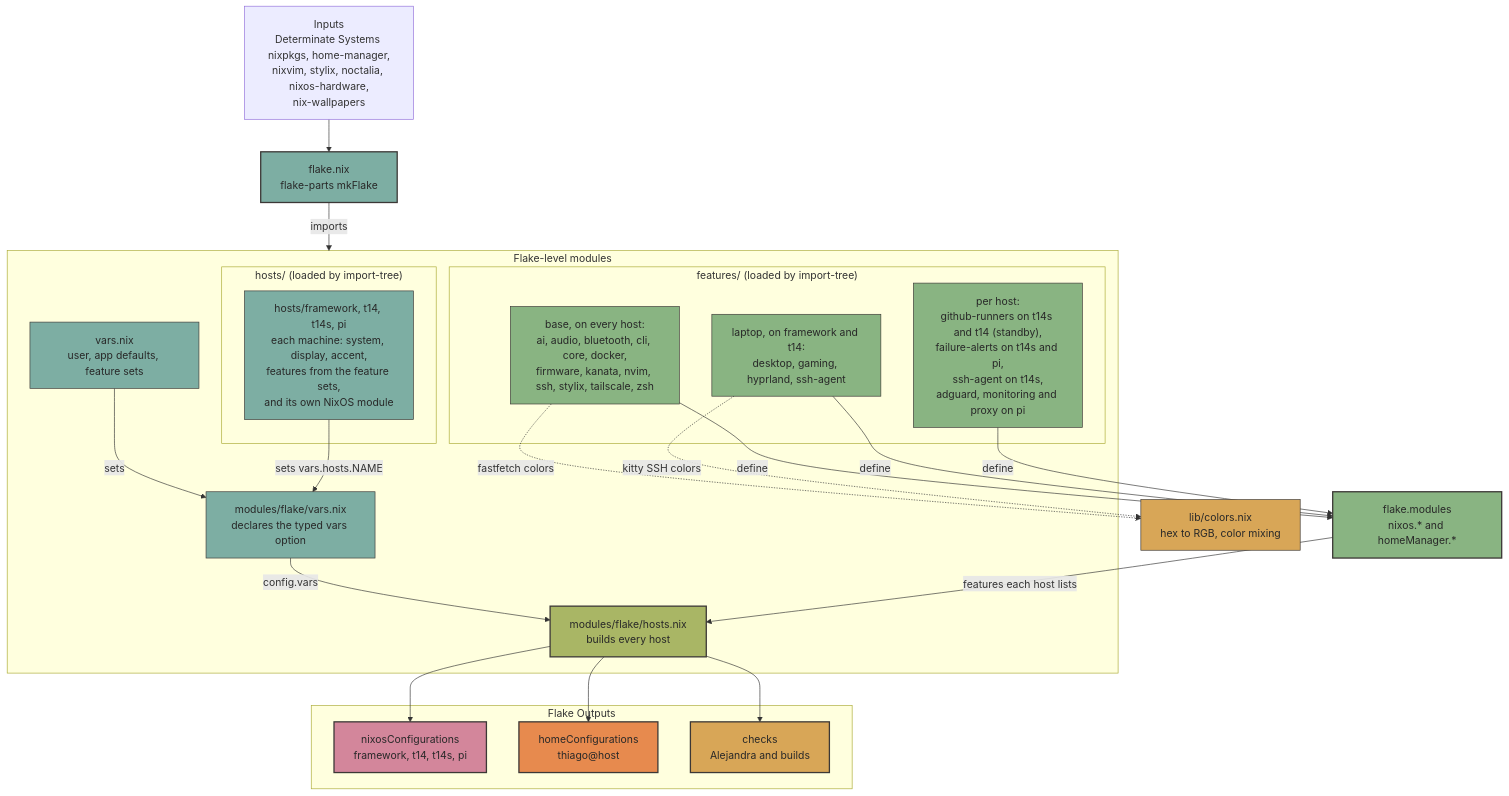
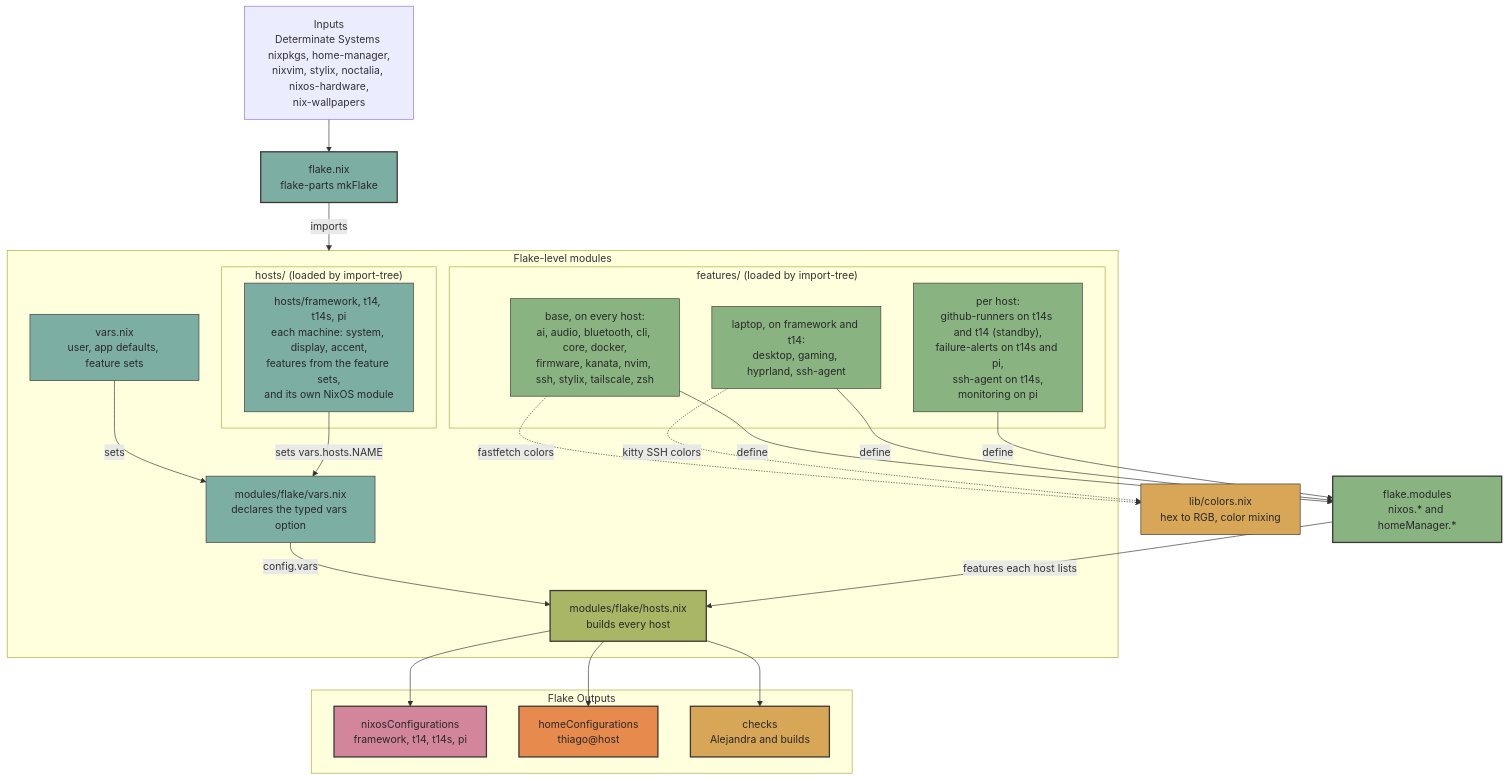
Before and after one commit to thiagokimo/nix-config: the diagram in README.md, drawn with Mermaid. The commit also changed other lines of this file and 4 other files, not shown here.

````diff
--- a/README.md
+++ b/README.md
@@ -85,58 +83,58 @@
 ```mermaid
 graph TD
     Inputs["Inputs<br/>Determinate Systems nixpkgs, home-manager,<br/>nixvim, stylix, noctalia, nixos-hardware,<br/>nix-wallpapers"] --> Flake
     Flake["flake.nix<br/>flake-parts mkFlake"]
 
     subgraph FlakeLevel ["Flake-level modules"]
         VarsOpt["modules/flake/vars.nix<br/>declares the typed vars option"]
         Vars["vars.nix<br/>user, app defaults, feature sets"]
         subgraph Features ["features/ (loaded by import-tree)"]
             BaseF["base, on every host:<br/>ai, audio, bluetooth, cli, core, docker,<br/>firmware, kanata, nvim, ssh, stylix, tailscale, zsh"]
             LaptopF["laptop, on framework and t14:<br/>desktop, gaming, hyprland, ssh-agent"]
-            ServerF["per host:<br/>github-runners on t14s and t14 (standby),<br/>failure-alerts on t14s and pi,<br/>ssh-agent on t14s,<br/>adguard, monitoring and proxy on pi"]
+            ServerF["per host:<br/>github-runners on t14s and t14 (standby),<br/>failure-alerts on t14s and pi,<br/>ssh-agent on t14s,<br/>monitoring on pi"]
         end
         subgraph Hosts ["hosts/ (loaded by import-tree)"]
             HostFiles["hosts/framework, t14, t14s, pi<br/>each machine: system, display, accent,<br/>features from the feature sets,<br/>and its own NixOS module"]
         end
         HostsMod["modules/flake/hosts.nix<br/>builds every host"]
     end
 
     Flake -->|imports| FlakeLevel
     Vars -->|sets| VarsOpt
     HostFiles -->|sets vars.hosts.NAME| VarsOpt
     BaseF -->|define| FlakeModules
     LaptopF -->|define| FlakeModules
     ServerF -->|define| FlakeModules
     FlakeModules["flake.modules<br/>nixos.* and homeManager.*"]
 
     VarsOpt -->|config.vars| HostsMod
     FlakeModules -->|features each host lists| HostsMod
 
     subgraph Outputs ["Flake Outputs"]
         NixOS["nixosConfigurations<br/>framework, t14, t14s, pi"]
         HomeM["homeConfigurations<br/>thiago@host"]
         Checks["checks<br/>Alejandra and builds"]
     end
 
     HostsMod --> NixOS
     HostsMod --> HomeM
     HostsMod --> Checks
 
     Colors["lib/colors.nix<br/>hex to RGB, color mixing"]
     BaseF -.->|fastfetch colors| Colors
     LaptopF -.->|kitty SSH colors| Colors
 
     style Flake fill:#7daea3,stroke:#3c3836,stroke-width:2px,color:#282828
     style VarsOpt fill:#7daea3,stroke:#3c3836,stroke-width:1px,color:#282828
     style Vars fill:#7daea3,stroke:#3c3836,stroke-width:1px,color:#282828
     style HostFiles fill:#7daea3,stroke:#3c3836,stroke-width:1px,color:#282828
     style BaseF fill:#89b482,stroke:#3c3836,stroke-width:1px,color:#282828
     style LaptopF fill:#89b482,stroke:#3c3836,stroke-width:1px,color:#282828
     style ServerF fill:#89b482,stroke:#3c3836,stroke-width:1px,color:#282828
     style FlakeModules fill:#89b482,stroke:#3c3836,stroke-width:2px,color:#282828
     style HostsMod fill:#a9b665,stroke:#3c3836,stroke-width:2px,color:#282828
     style Colors fill:#d8a657,stroke:#3c3836,stroke-width:1px,color:#282828
     style NixOS fill:#d3869b,stroke:#3c3836,stroke-width:2px,color:#282828
     style HomeM fill:#e78a4e,stroke:#3c3836,stroke-width:2px,color:#282828
     style Checks fill:#d8a657,stroke:#3c3836,stroke-width:2px,color:#282828
 ```
````
